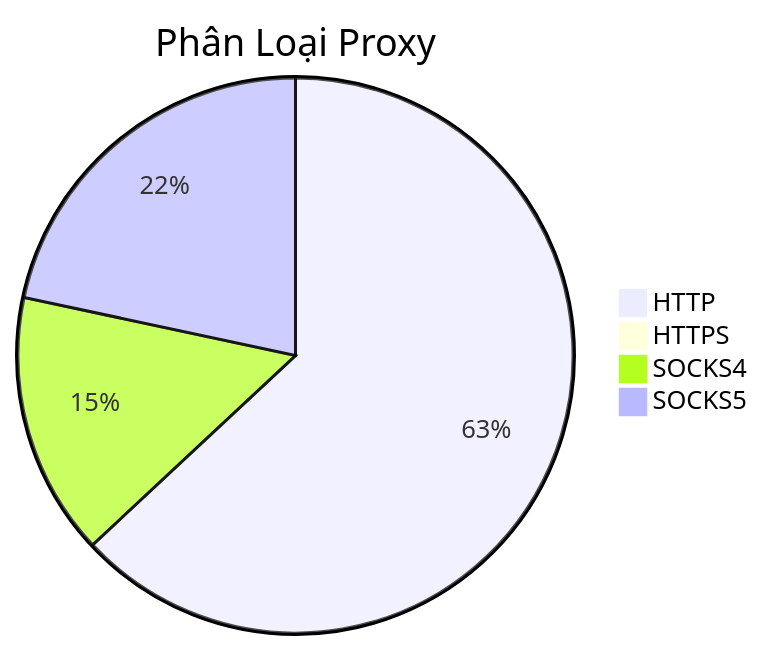
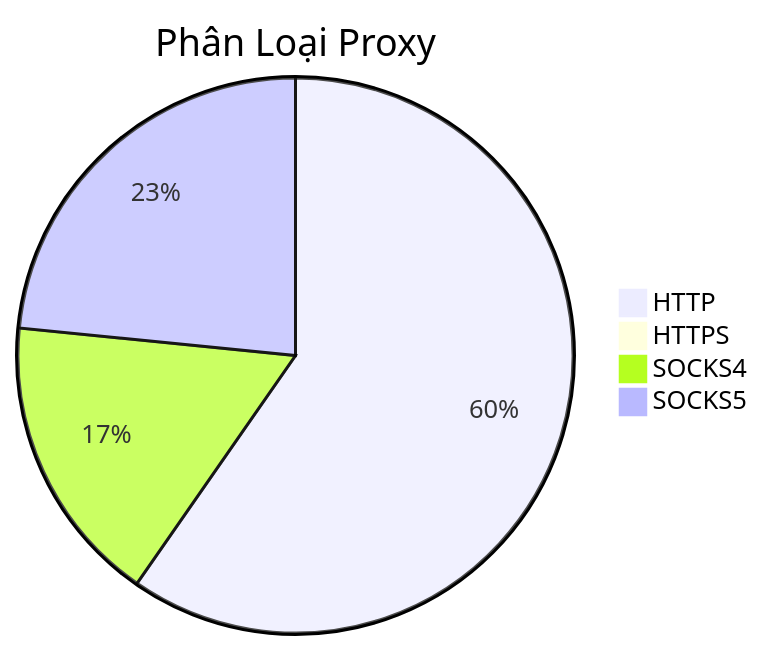
One commit to Ciara-12/PROXY-free changed the diagram in README.md. Above: the diagram before and after it, drawn with Mermaid. The commit also changed other lines of this file and 4 other files, not shown here.

````diff
--- a/README.md
+++ b/README.md
@@ -26,7 +26,7 @@
 ```mermaid
 pie title Phân Loại Proxy
-    "HTTP" : 935
-    "HTTPS" : 2
-    "SOCKS4" : 227
-    "SOCKS5" : 321
+    "HTTP" : 879
+    "HTTPS" : 1
+    "SOCKS4" : 249
+    "SOCKS5" : 345
 ```
````
